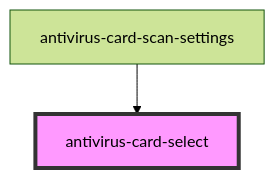
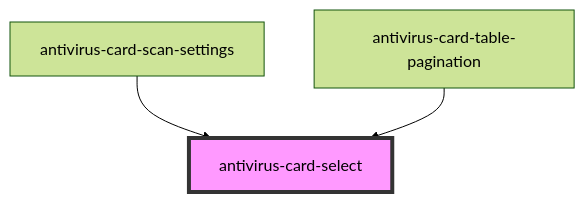
The diagram in client/packages/antivirus-card/src/components/select/readme.md (ispsystem/plugin-imunify), drawn with Mermaid (forest theme) before and after one commit. The commit also changed other lines of this file and 23 other files, not shown here.

First line of the commit message:
feat(antivirus-card): 🌟 add pagination

````diff
--- a/client/packages/antivirus-card/src/components/select/readme.md
+++ b/client/packages/antivirus-card/src/components/select/readme.md
@@ -32,5 +34,6 @@
 ```mermaid
 graph TD;
   antivirus-card-scan-settings --> antivirus-card-select
+  antivirus-card-table-pagination --> antivirus-card-select
   style antivirus-card-select fill:#f9f,stroke:#333,stroke-width:4px
 ```
````
